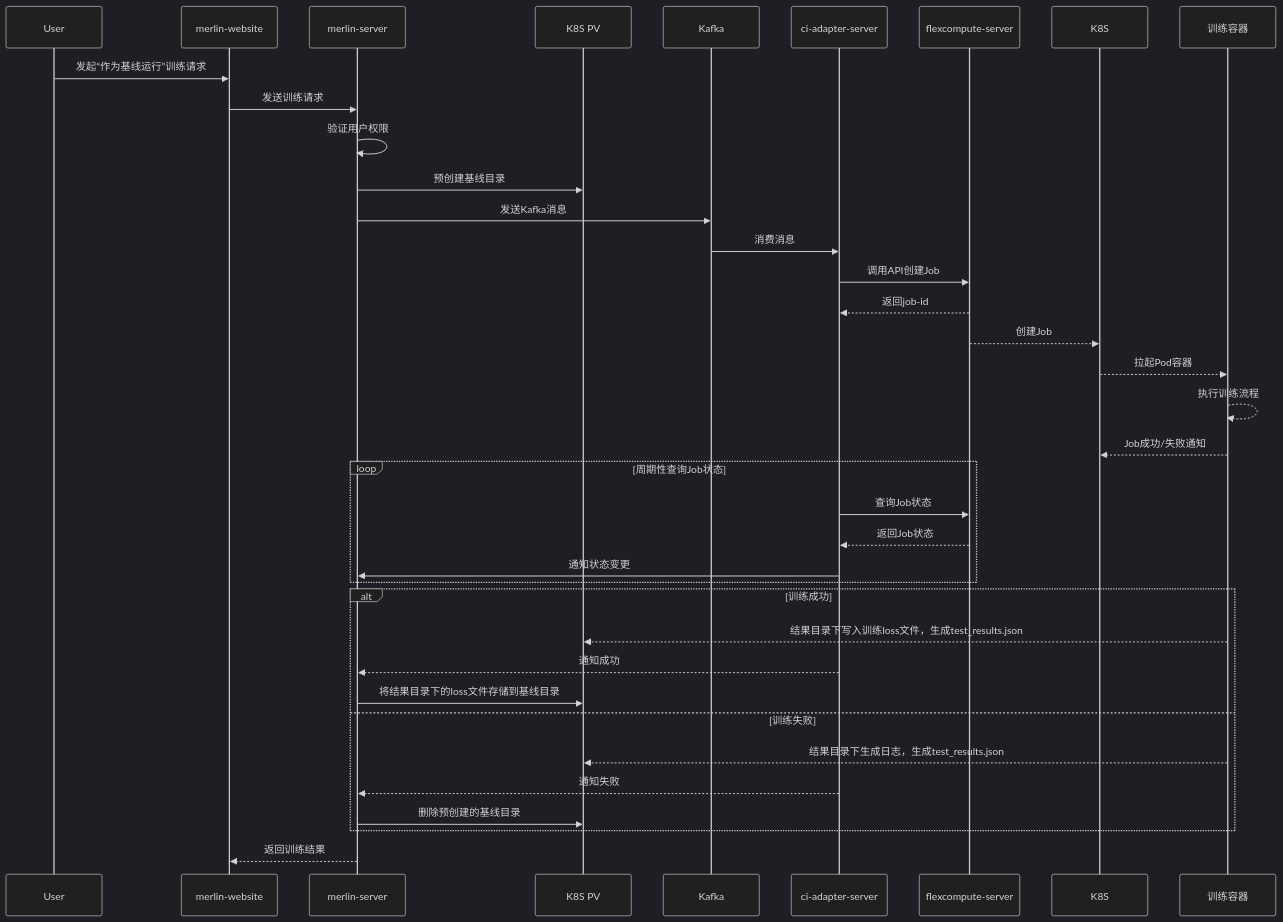
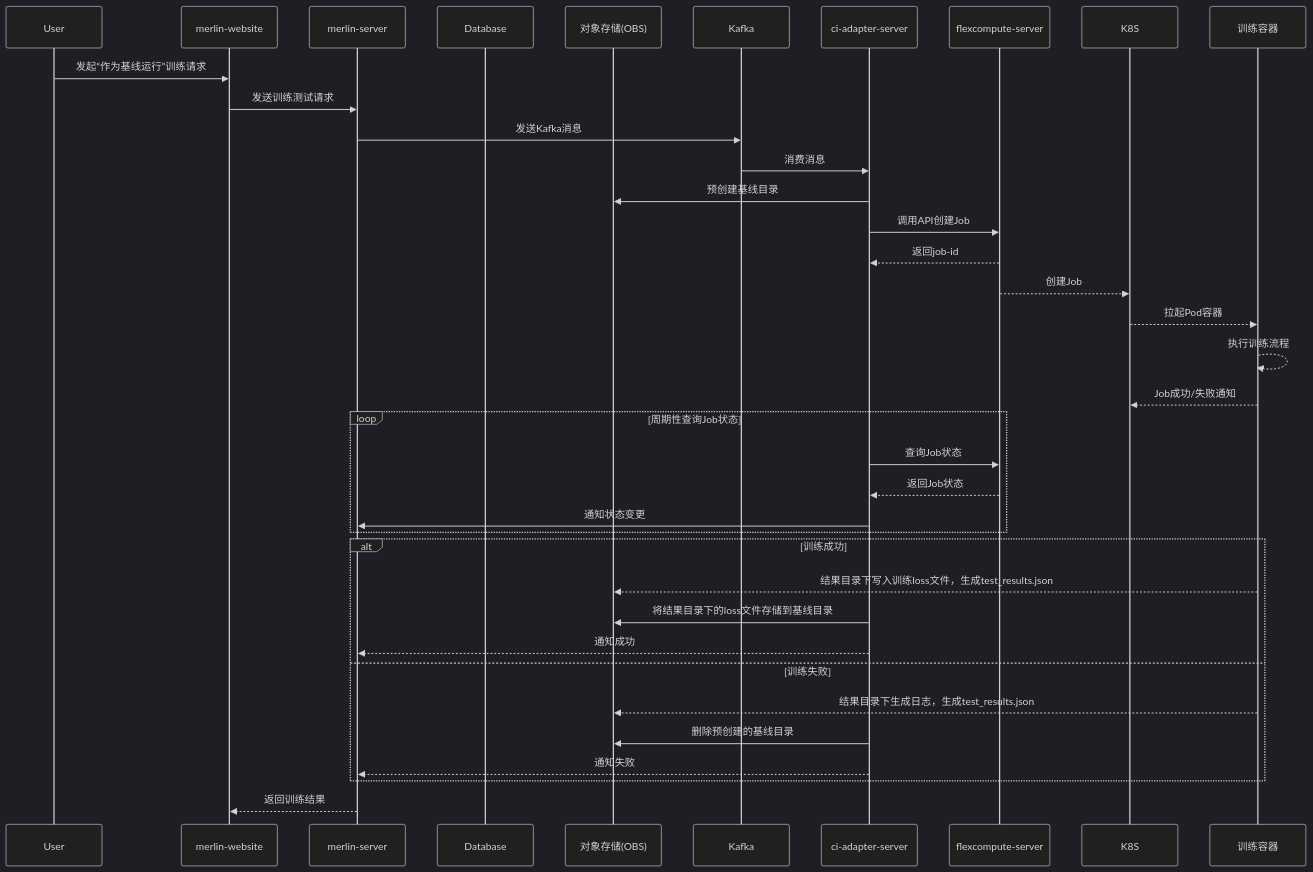
Before and after one commit to pillumina/design-proposal: diagram 13 of 17 in 模型精度性能测试自动化.md, drawn with Mermaid (dark theme). The commit also changed other lines of this file, not shown here.

````diff
--- a/模型精度性能测试自动化.md
+++ b/模型精度性能测试自动化.md
@@ -1595,40 +1586,40 @@
 ```mermaid
 sequenceDiagram
     participant User
     participant Frontend as merlin-website
     participant Server as merlin-server
-    participant Storage as K8S PV
+    participant DB as Database
+    participant Storage as 对象存储(OBS)
     participant Kafka
     participant Adapter as ci-adapter-server
     participant Flex as flexcompute-server
     participant K8S
     participant Job as 训练容器
 
     User ->> Frontend: 发起“作为基线运行”训练请求
-    Frontend ->> Server: 发送训练请求
-    Server ->> Server: 验证用户权限
-    Server ->> Storage: 预创建基线目录
+    Frontend ->> Server: 发送训练测试请求
     Server ->> Kafka: 发送Kafka消息
     Kafka ->> Adapter: 消费消息
+    Adapter ->> Storage: 预创建基线目录
     Adapter ->> Flex: 调用API创建Job
     Flex -->> Adapter: 返回job-id
     Flex -->> K8S: 创建Job
     K8S -->> Job: 拉起Pod容器
     Job -->> Job: 执行训练流程
     Job -->> K8S: Job成功/失败通知
     loop 周期性查询Job状态
         Adapter ->> Flex: 查询Job状态
         Flex -->> Adapter: 返回Job状态
         Adapter ->> Server: 通知状态变更
     end
     alt 训练成功
     		Job -->> Storage: 结果目录下写入训练loss文件，生成test_results.json
+    		Adapter ->> Storage: 将结果目录下的loss文件存储到基线目录
         Adapter -->> Server: 通知成功
-        Server ->> Storage: 将结果目录下的loss文件存储到基线目录
     else 训练失败
     		Job -->> Storage: 结果目录下生成日志，生成test_results.json
-        Adapter -->> Server: 通知失败
-        Server ->> Storage: 删除预创建的基线目录
+    		Adapter ->> Storage: 删除预创建的基线目录
+        Adapter -->> Server: 通知失败  
     end
     Server -->> Frontend: 返回训练结果
 ```
````
